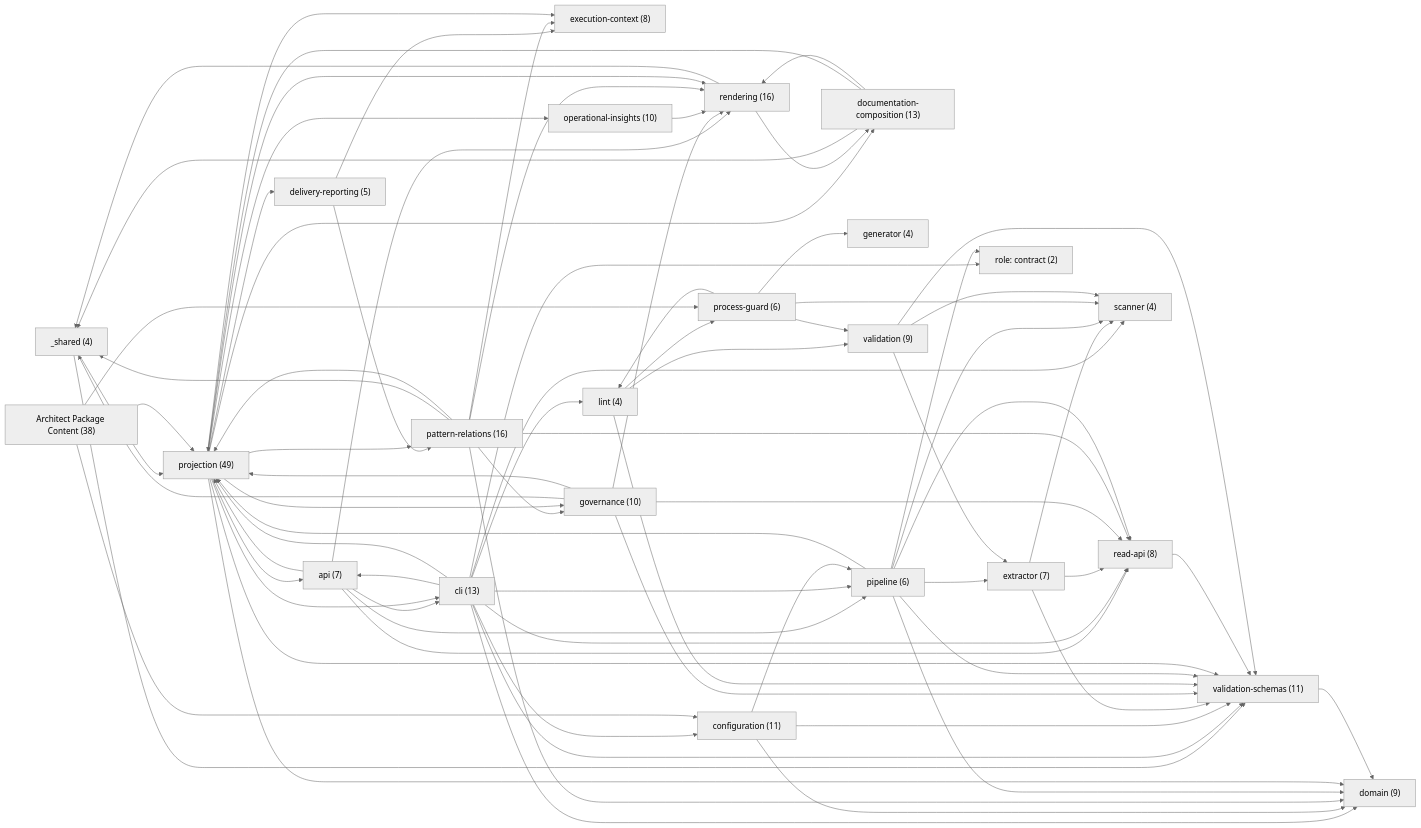
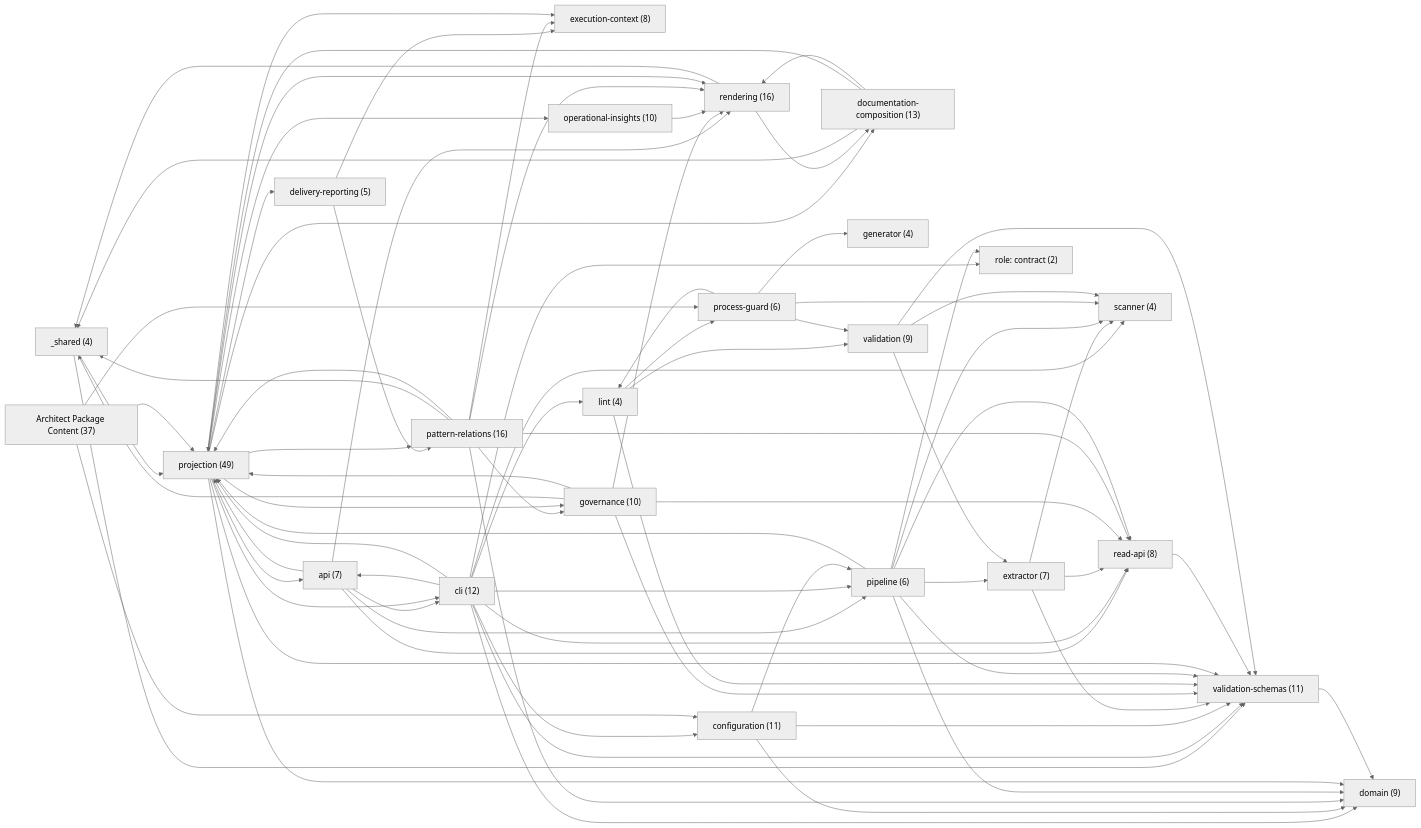
The first of 25 diagrams in docs-live/DESIGN-REVIEW.md (libar-dev/architect), drawn with Mermaid (neutral theme) before and after one commit. The commit also changed other lines of this file and 20 other files, not shown here.

```diff
--- a/docs-live/DESIGN-REVIEW.md
+++ b/docs-live/DESIGN-REVIEW.md
@@ -25,7 +25,7 @@
 graph LR
   shared["_shared (4)"]
   api["api (7)"]
-  cli["cli (13)"]
+  cli["cli (12)"]
   configuration["configuration (11)"]
   delivery_reporting["delivery-reporting (5)"]
   documentation_composition["documentation-composition (13)"]
@@ -46,7 +46,7 @@
   validation["validation (9)"]
   validation_schemas["validation-schemas (11)"]
   role_contract["role: contract (2)"]
-  pkg_architect_package_content["Architect Package Content (38)"]
+  pkg_architect_package_content["Architect Package Content (37)"]
   shared --> projection
   shared --> validation_schemas
   api --> cli
```
